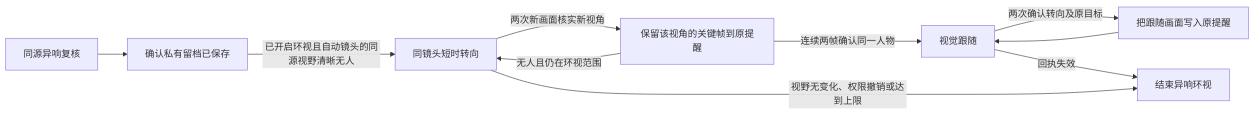
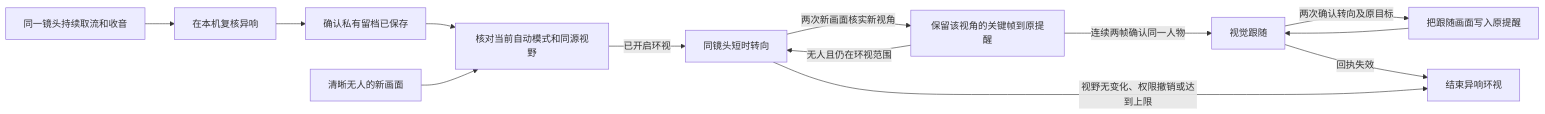
The tenth of 33 diagrams in docs/architecture.md (Geeprox/Friday), drawn with Mermaid before and after one commit. The commit also changed other lines of this file and 17 other files, not shown here.

````diff
--- a/docs/architecture.md
+++ b/docs/architecture.md
@@ -254,12 +253,15 @@
 ```mermaid
 flowchart LR
-  A[同源异响复核] --> B[确认私有留档已保存]
-  B -->|已开启环视且自动镜头的同源视野清晰无人| C[同镜头短时转向]
+  A[同一镜头持续取流和收音] --> R[在本机复核异响]
+  R --> B[确认私有留档已保存]
+  B --> W[核对当前自动模式和同源视野]
+  V[清晰无人的新画面] --> W
+  W -->|已开启环视| C[同镜头短时转向]
   C -->|两次新画面核实新视角| F[保留该视角的关键帧到原提醒]
   F -->|无人且仍在环视范围| C
   F -->|连续两帧确认同一人物| D[视觉跟随]
   D -->|两次确认转向及原目标| G[把跟随画面写入原提醒]
   G --> D
   D -->|回执失效| E
   C -->|视野无变化、权限撤销或达到上限| E[结束异响环视]
 ```
````
